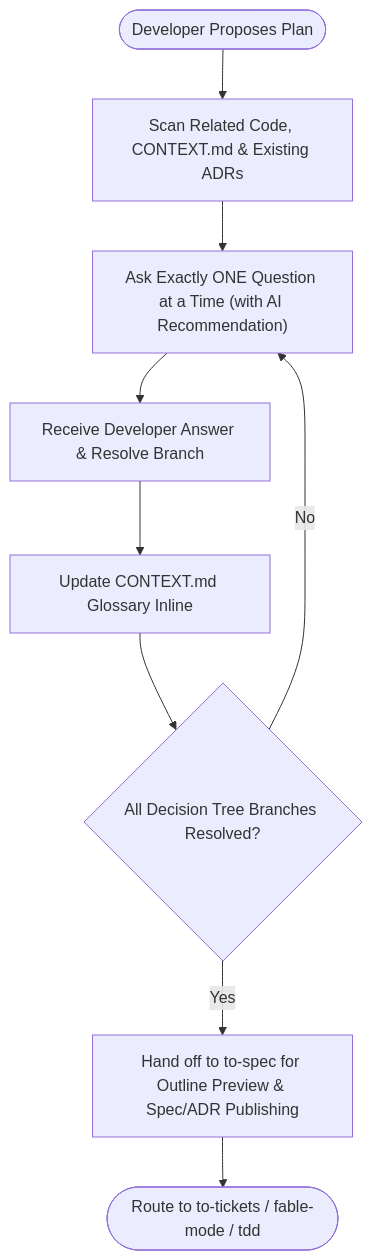
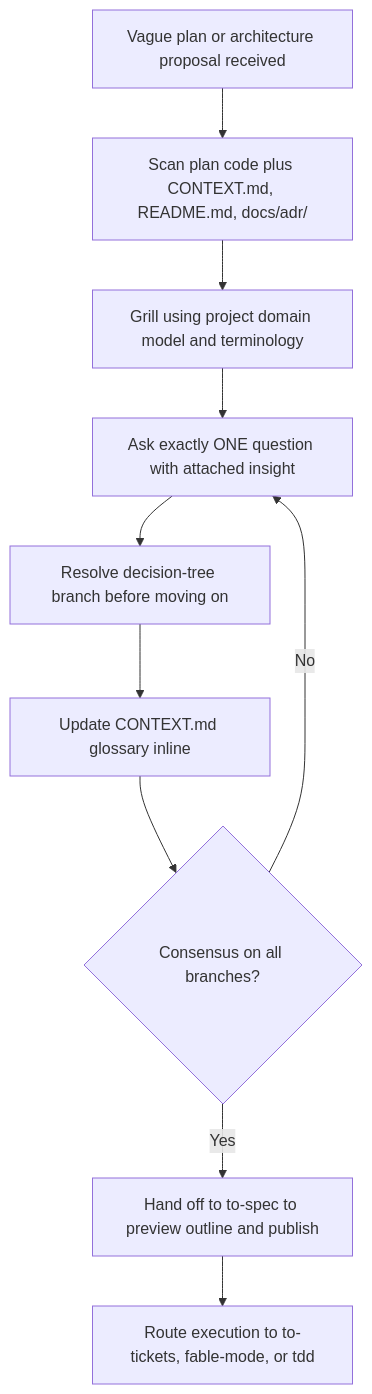
Before and after one commit to dyphn1/Harness-everything: the first of 3 diagrams in docs/workflows/grill-me.md, drawn with Mermaid. The commit also changed other lines of this file and 16 other files, not shown here.

````diff
--- a/docs/workflows/grill-me.md
+++ b/docs/workflows/grill-me.md
@@ -11,11 +9,12 @@
 ```mermaid
 graph TD
-  Start([Developer Proposes Plan]) --> Discovery["Scan Related Code, CONTEXT.md & Existing ADRs"]
-  Discovery --> AskQuestion["Ask Exactly ONE Question at a Time (with AI Recommendation)"]
-  AskQuestion --> ReceiveAnswer["Receive Developer Answer & Resolve Branch"]
-  ReceiveAnswer --> UpdateGlossary["Update CONTEXT.md Glossary Inline"]
-  UpdateGlossary --> ValidateResilience{All Decision Tree Branches Resolved?}
-  ValidateResilience -->|No| AskQuestion
-  ValidateResilience -->|Yes| HandoffToSpec["Hand off to to-spec for Outline Preview & Spec/ADR Publishing"]
-  HandoffToSpec --> End([Route to to-tickets / fable-mode / tdd])
+  Propose["Vague plan or architecture proposal received"] --> Discover["Scan plan code plus CONTEXT.md, README.md, docs/adr/"]
+  Discover --> DomainTerms["Grill using project domain model and terminology"]
+  DomainTerms --> AskOne["Ask exactly ONE question with attached insight"]
+  AskOne --> ResolveBranch["Resolve decision-tree branch before moving on"]
+  ResolveBranch --> UpdateGlossary["Update CONTEXT.md glossary inline"]
+  UpdateGlossary --> ConsensusCheck{"Consensus on all branches?"}
+  ConsensusCheck -->|No| AskOne
+  ConsensusCheck -->|Yes| HandoffSpec["Hand off to to-spec to preview outline and publish"]
+  HandoffSpec --> RouteExec["Route execution to to-tickets, fable-mode, or tdd"]
 ```
````
